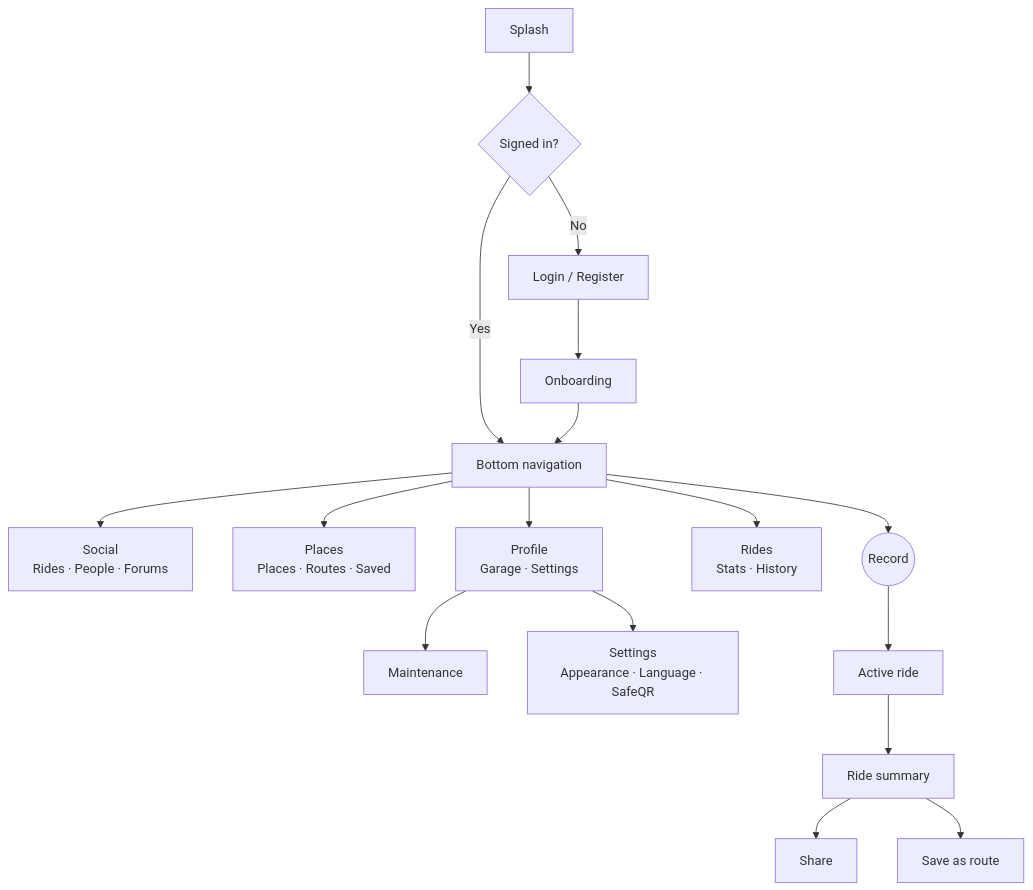
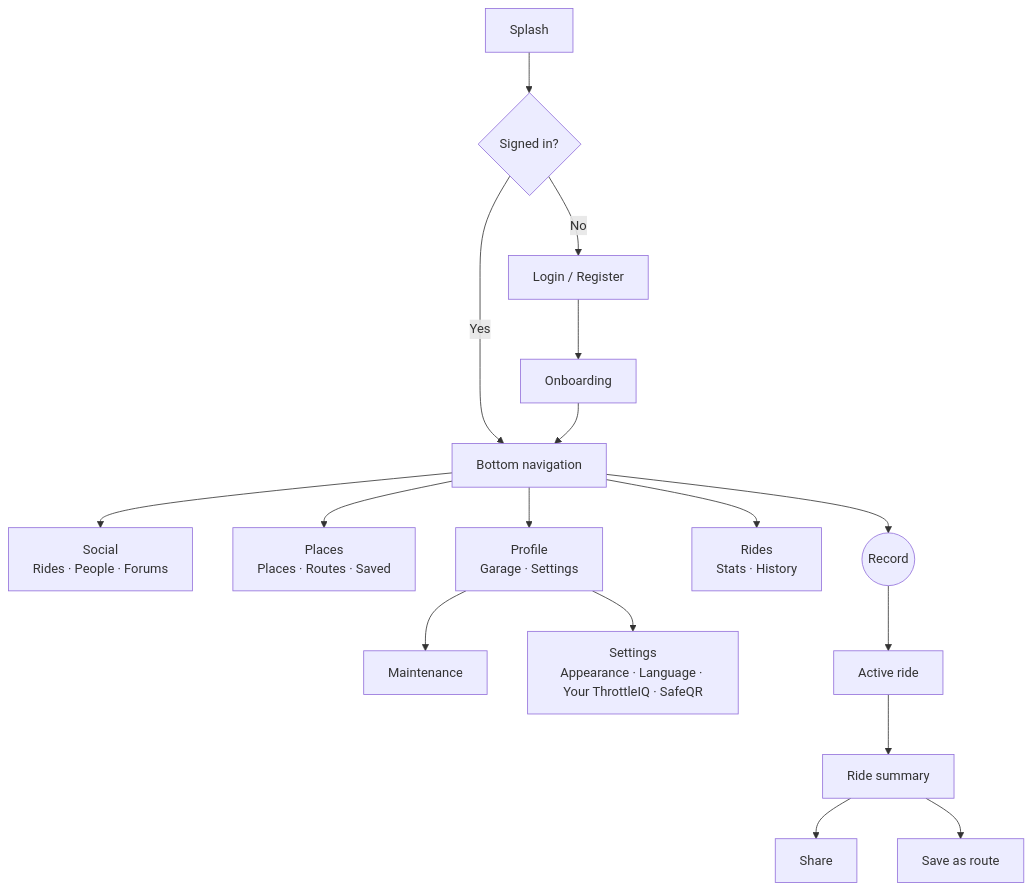
One commit to blankframe-tech/ThrottleIQ changed the first of 5 diagrams in DOCS/PRD.md. Above: the diagram before and after it, drawn with Mermaid. The commit also changed other lines of this file and 5 other files, not shown here.

Commit message:
docs: Your ThrottleIQ app modules in README, PRD (SET-5), handoff, dir READMEs

````diff
--- a/DOCS/PRD.md
+++ b/DOCS/PRD.md
@@ -55,17 +55,17 @@
 ```mermaid
 flowchart TD
   A[Splash] --> B{Signed in?}
   B -- No --> C[Login / Register] --> D[Onboarding]
   B -- Yes --> N
   D --> N[Bottom navigation]
   N --> S[Social<br/>Rides · People · Forums]
   N --> P[Places<br/>Places · Routes · Saved]
   N --> R((Record))
   N --> T[Rides<br/>Stats · History]
   N --> F[Profile<br/>Garage · Settings]
   F --> M[Maintenance]
-  F --> ST[Settings<br/>Appearance · Language · SafeQR]
+  F --> ST[Settings<br/>Appearance · Language · Your ThrottleIQ · SafeQR]
   R --> AR[Active ride] --> SU[Ride summary]
   SU --> SH[Share]
   SU --> SR[Save as route]
 ```
````
